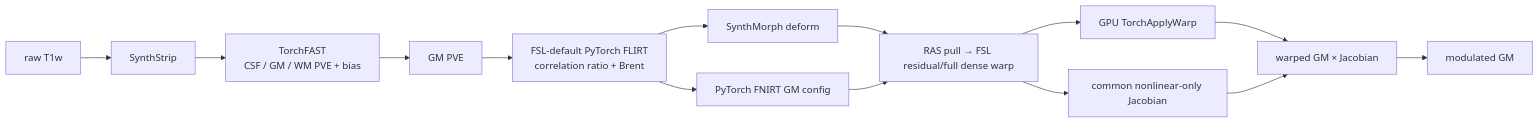
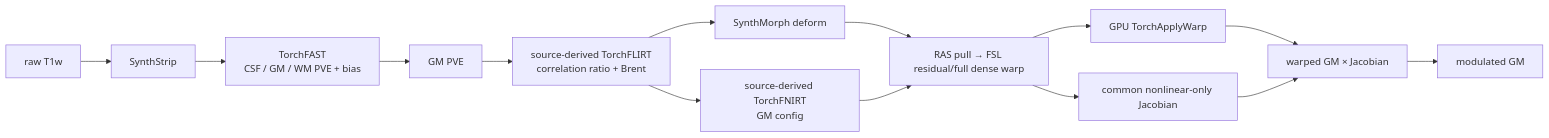
One commit to weikanggong1/Weikang-BrainMRI changed the diagram in docs/fast_vbm/README.md. Above: the diagram before and after it, drawn with Mermaid. The commit also changed other lines of this file and 14 other files, not shown here.

````diff
--- a/docs/fast_vbm/README.md
+++ b/docs/fast_vbm/README.md
@@ -22,16 +22,16 @@
 ```mermaid
 flowchart LR
   A[raw T1w] --> B[SynthStrip]
   B --> C[TorchFAST<br/>CSF / GM / WM PVE + bias]
   C --> D[GM PVE]
-  D --> E[FSL-default PyTorch FLIRT<br/>correlation ratio + Brent]
+  D --> E[source-derived TorchFLIRT<br/>correlation ratio + Brent]
   E --> F1[SynthMorph deform]
-  E --> F2[PyTorch FNIRT GM config]
+  E --> F2[source-derived TorchFNIRT<br/>GM config]
   F1 --> W[RAS pull → FSL residual/full dense warp]
   F2 --> W
   W --> G[GPU TorchApplyWarp]
   W --> H[common nonlinear-only Jacobian]
   G --> I[warped GM × Jacobian]
   H --> I
   I --> J[modulated GM]
 ```
````
